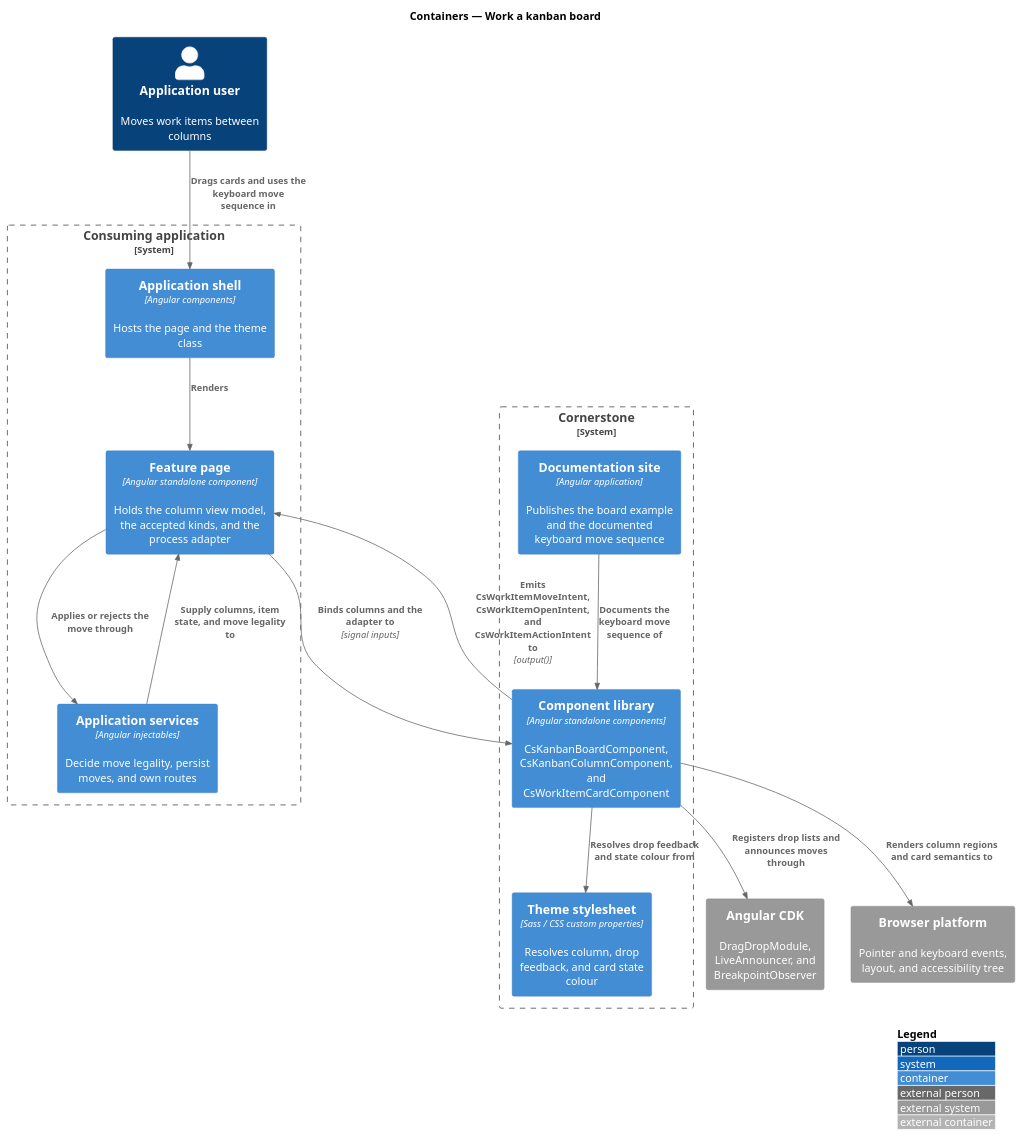
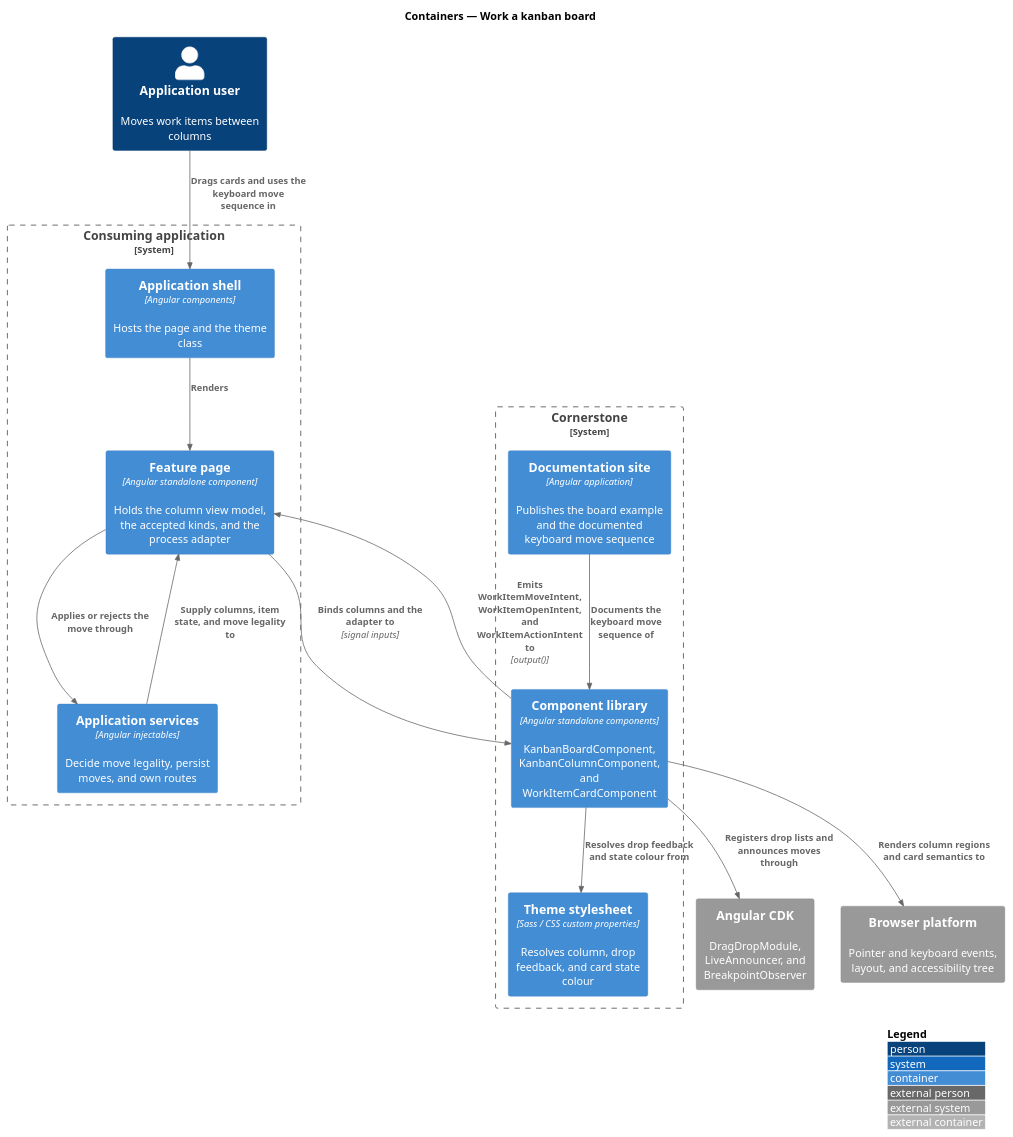
Before and after one commit to QuinntyneBrown/Cornerstone: the diagram in docs/detailed-designs/process/work-a-kanban-board/diagrams/c4-container.puml, drawn with PlantUML. The commit also changed 1743 other files, not shown here.

```diff
--- a/docs/detailed-designs/process/work-a-kanban-board/diagrams/c4-container.puml
+++ b/docs/detailed-designs/process/work-a-kanban-board/diagrams/c4-container.puml
@@ -1,33 +1,33 @@
 @startuml
 !include <C4/C4_Container>
 LAYOUT_WITH_LEGEND()
 title Containers — Work a kanban board
 
 Person(user, "Application user", "Moves work items between columns")
 
 System_Boundary(app, "Consuming application") {
   Container(page, "Feature page", "Angular standalone component", "Holds the column view model, the accepted kinds, and the process adapter")
   Container(services, "Application services", "Angular injectables", "Decide move legality, persist moves, and own routes")
   Container(shell, "Application shell", "Angular components", "Hosts the page and the theme class")
 }
 
 System_Boundary(cornerstone, "Cornerstone") {
-  Container(lib, "Component library", "Angular standalone components", "CsKanbanBoardComponent, CsKanbanColumnComponent, and CsWorkItemCardComponent")
+  Container(lib, "Component library", "Angular standalone components", "KanbanBoardComponent, KanbanColumnComponent, and WorkItemCardComponent")
   Container(theme, "Theme stylesheet", "Sass / CSS custom properties", "Resolves column, drop feedback, and card state colour")
   Container(docs, "Documentation site", "Angular application", "Publishes the board example and the documented keyboard move sequence")
 }
 
 System_Ext(cdk, "Angular CDK", "DragDropModule, LiveAnnouncer, and BreakpointObserver")
 System_Ext(browser, "Browser platform", "Pointer and keyboard events, layout, and accessibility tree")
 
 Rel(user, shell, "Drags cards and uses the keyboard move sequence in")
 Rel(shell, page, "Renders")
 Rel(services, page, "Supply columns, item state, and move legality to")
 Rel(page, lib, "Binds columns and the adapter to", "signal inputs")
-Rel(lib, page, "Emits CsWorkItemMoveIntent, CsWorkItemOpenIntent, and CsWorkItemActionIntent to", "output()")
+Rel(lib, page, "Emits WorkItemMoveIntent, WorkItemOpenIntent, and WorkItemActionIntent to", "output()")
 Rel(page, services, "Applies or rejects the move through")
 Rel(lib, cdk, "Registers drop lists and announces moves through")
 Rel(lib, theme, "Resolves drop feedback and state colour from")
 Rel(lib, browser, "Renders column regions and card semantics to")
 Rel(docs, lib, "Documents the keyboard move sequence of")
 @enduml
```
